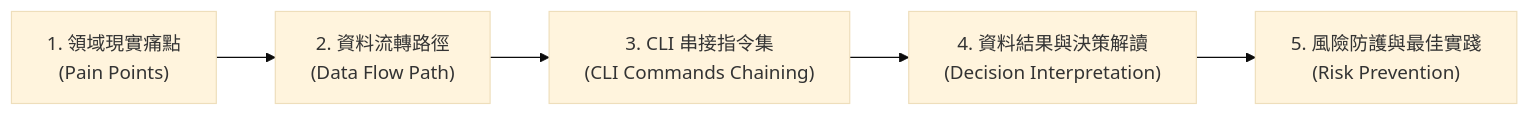
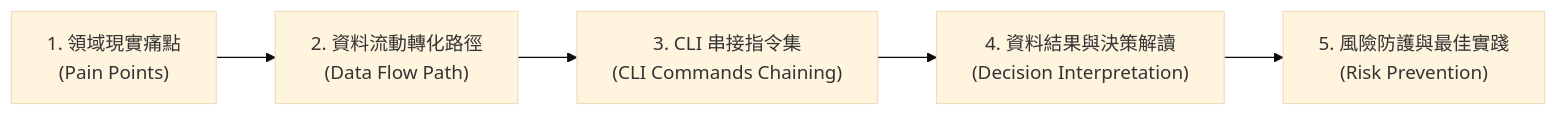
One commit to wuulong/tw-agro-db changed the diagram in book/04_stakeholder_playbooks.md. Above: the diagram before and after it, drawn with Mermaid (base theme). The commit also changed other lines of this file and 63 other files, not shown here.

````diff
--- a/book/04_stakeholder_playbooks.md
+++ b/book/04_stakeholder_playbooks.md
@@ -14,10 +14,10 @@
 ```mermaid
 flowchart LR
     Step1["1. 領域現實痛點<br/>(Pain Points)"]
-    Step2["2. 資料流轉路徑<br/>(Data Flow Path)"]
+    Step2["2. 資料流動轉化路徑<br/>(Data Flow Path)"]
     Step3["3. CLI 串接指令集<br/>(CLI Commands Chaining)"]
     Step4["4. 資料結果與決策解讀<br/>(Decision Interpretation)"]
     Step5["5. 風險防護與最佳實踐<br/>(Risk Prevention)"]
 
     Step1 --> Step2 --> Step3 --> Step4 --> Step5
 ```
````
